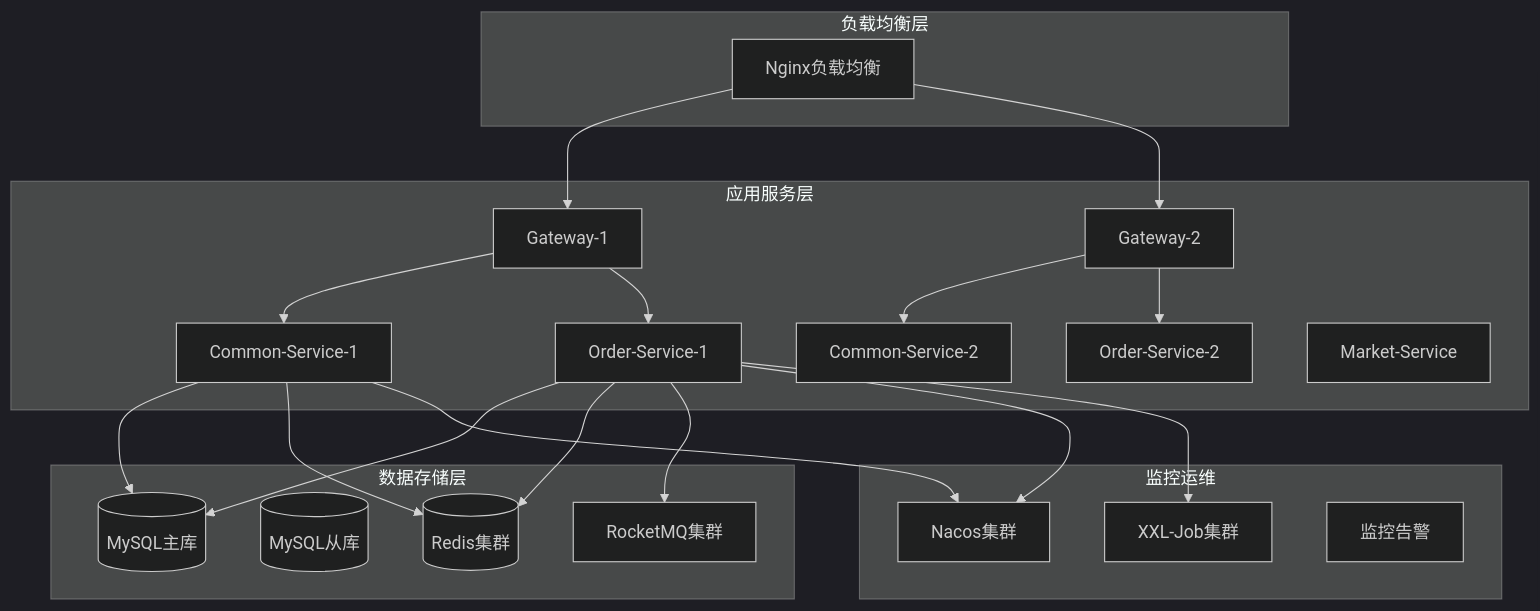
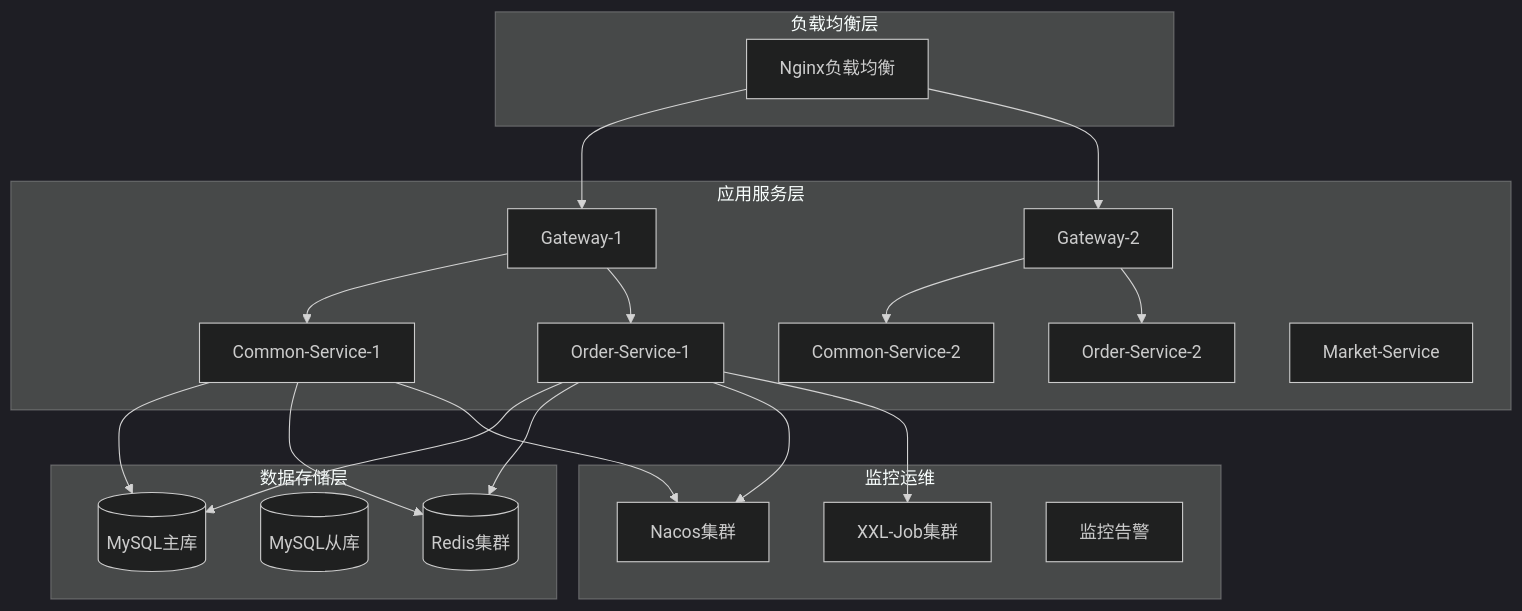
Before and after one commit to barry428/BinaryOptionDocs: the sixth of 7 diagrams in 2. 设计类/207_详细设计文档.md, drawn with Mermaid (dark theme). The commit also changed other lines of this file, not shown here.

````diff
--- a/2. 设计类/207_详细设计文档.md
+++ b/2. 设计类/207_详细设计文档.md
@@ -1664,44 +1664,42 @@
 ```mermaid
 graph TB
     subgraph "负载均衡层"
         LB[Nginx负载均衡]
     end
     
     subgraph "应用服务层"
         GW1[Gateway-1]
         GW2[Gateway-2]
         CS1[Common-Service-1]
         CS2[Common-Service-2]
         OS1[Order-Service-1]
         OS2[Order-Service-2]
         MS1[Market-Service]
     end
     
     subgraph "数据存储层"
         DB1[(MySQL主库)]
         DB2[(MySQL从库)]
         RD1[(Redis集群)]
-        MQ1[RocketMQ集群]
     end
     
     subgraph "监控运维"
         NC[Nacos集群]
         XXL[XXL-Job集群]
         MON[监控告警]
     end
     
     LB --> GW1
     LB --> GW2
     GW1 --> CS1
     GW1 --> OS1
     GW2 --> CS2
     GW2 --> OS2
     CS1 --> DB1
     OS1 --> DB1
     CS1 --> RD1
     OS1 --> RD1
-    OS1 --> MQ1
     CS1 --> NC
     OS1 --> NC
     OS1 --> XXL
 ```
````
